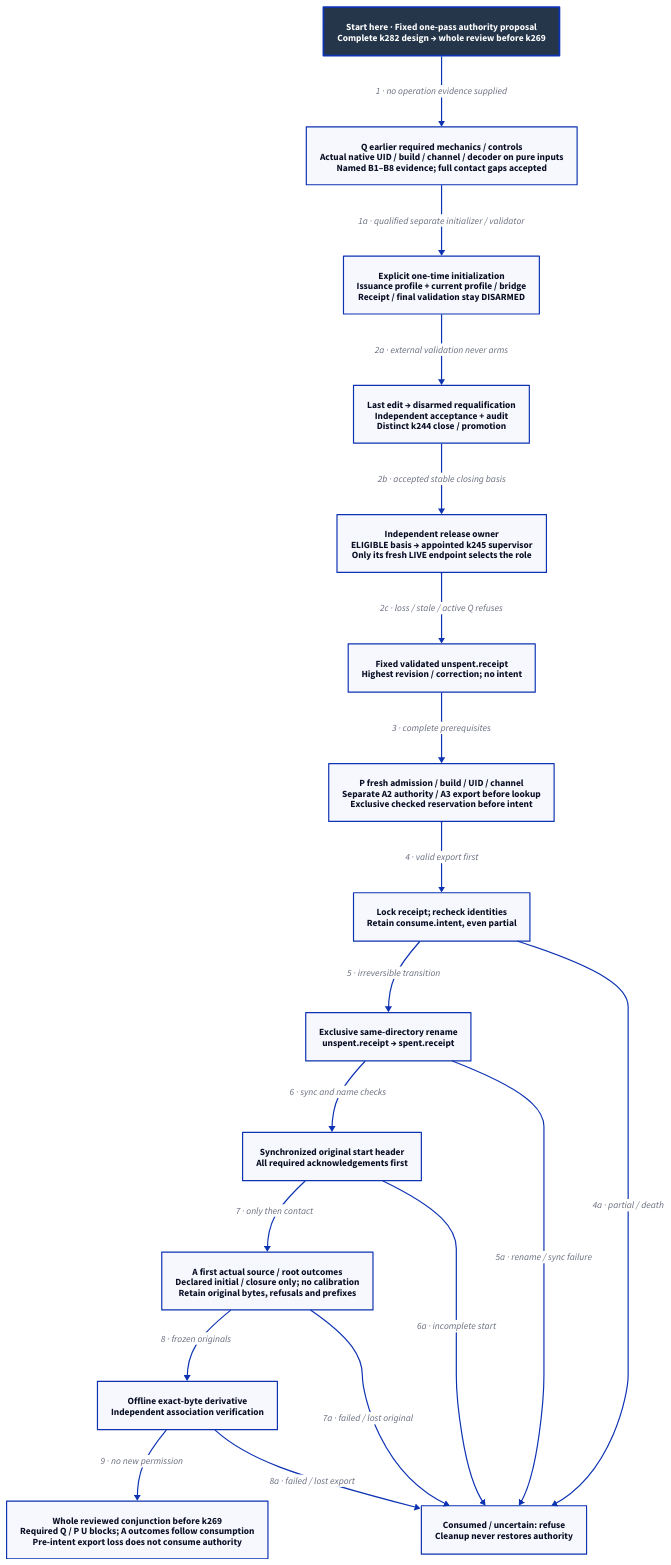
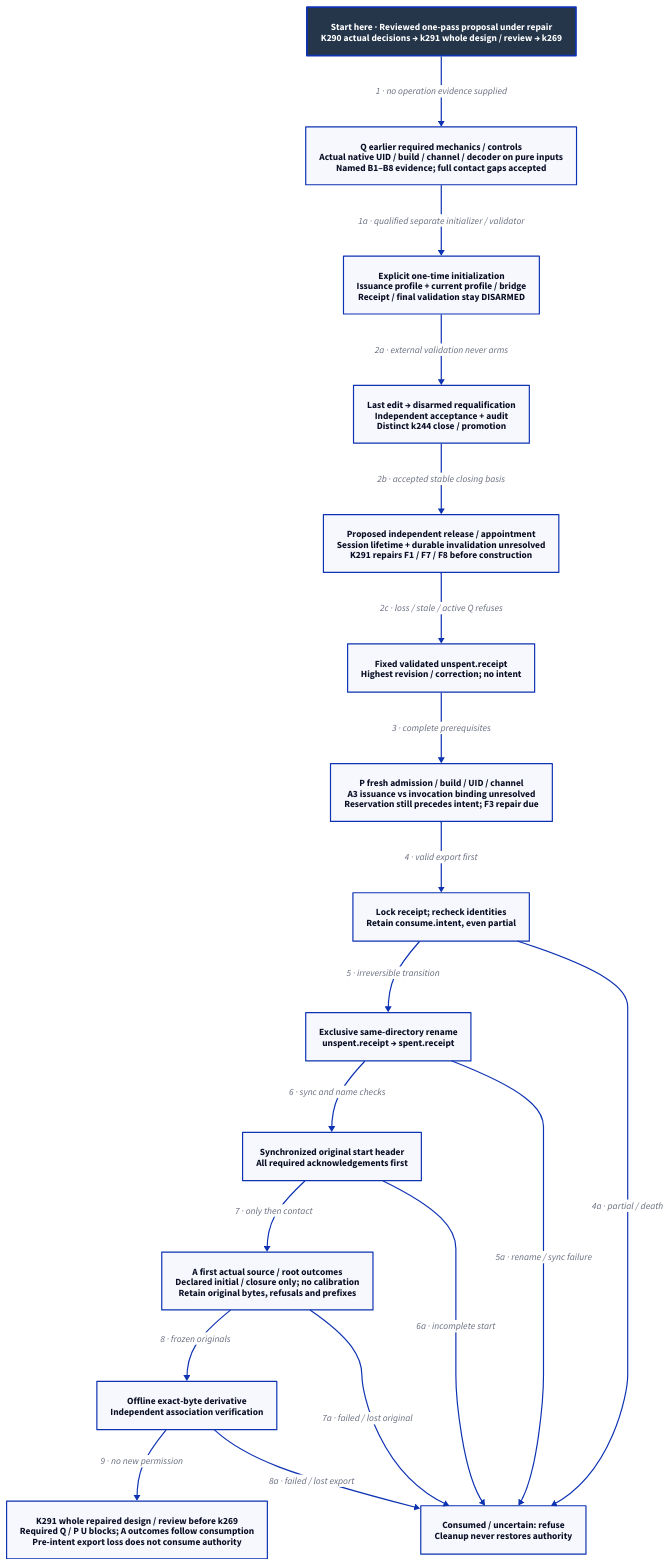
One commit to Linkuistics/Koine changed the diagram in docs/design/architecture/native-reference-admission.d2. Above: the diagram before and after it, drawn with D2. The commit also changed 51 other files, not shown here.

Commit message:
Integrate admission review and queue bounded session-authority repair (reference-evidence-admission-completion-k289)

```diff
--- a/docs/design/architecture/native-reference-admission.d2
+++ b/docs/design/architecture/native-reference-admission.d2
@@ -1,36 +1,36 @@
 # Proposed lifecycle; complete contract is normative and qualification remains due.
 direction: down
 classes: {
   start: {style: {fill: "#25364B"; font-color: "#FFFFFF"; bold: true; stroke-width: 3}}
 }
-Start: "Start here · Fixed one-pass authority proposal\nComplete k282 design → whole review before k269" {class: start}
+Start: "Start here · Reviewed one-pass proposal under repair\nK290 actual decisions → k291 whole design / review → k269" {class: start}
 Qualify: "Q earlier required mechanics / controls\nActual native UID / build / channel / decoder on pure inputs\nNamed B1–B8 evidence; full contact gaps accepted"
 Provision: "Explicit one-time initialization\nIssuance profile + current profile / bridge\nReceipt / final validation stay DISARMED"
 Final: "Last edit → disarmed requalification\nIndependent acceptance + audit\nDistinct k244 close / promotion"
-Release: "Independent release owner\nELIGIBLE basis → appointed k245 supervisor\nOnly its fresh LIVE endpoint selects the role"
+Release: "Proposed independent release / appointment\nSession lifetime + durable invalidation unresolved\nK291 repairs F1 / F7 / F8 before construction"
 Ready: "Fixed validated unspent.receipt\nHighest revision / correction; no intent"
-Export: "P fresh admission / build / UID / channel\nSeparate A2 authority / A3 export before lookup\nExclusive checked reservation before intent"
+Export: "P fresh admission / build / UID / channel\nA3 issuance vs invocation binding unresolved\nReservation still precedes intent; F3 repair due"
 Intent: "Lock receipt; recheck identities\nRetain consume.intent, even partial"
 Spent: "Exclusive same-directory rename\nunspent.receipt → spent.receipt"
 Original: "Synchronized original start header\nAll required acknowledgements first"
 Capture: "A first actual source / root outcomes\nDeclared initial / closure only; no calibration\nRetain original bytes, refusals and prefixes"
 Derivative: "Offline exact-byte derivative\nIndependent association verification"
 Refuse: "Consumed / uncertain: refuse\nCleanup never restores authority"
-Limit: "Whole reviewed conjunction before k269\nRequired Q / P U blocks; A outcomes follow consumption\nPre-intent export loss does not consume authority"
+Limit: "K291 whole repaired design / review before k269\nRequired Q / P U blocks; A outcomes follow consumption\nPre-intent export loss does not consume authority"
 Start -> Qualify: "1 · no operation evidence supplied"
 Qualify -> Provision: "1a · qualified separate initializer / validator"
 Provision -> Final: "2a · external validation never arms"
 Final -> Release: "2b · accepted stable closing basis"
 Release -> Ready: "2c · loss / stale / active Q refuses"
 Ready -> Export: "3 · complete prerequisites"
 Export -> Intent: "4 · valid export first"
 Intent -> Spent: "5 · irreversible transition"
 Spent -> Original: "6 · sync and name checks"
 Original -> Capture: "7 · only then contact"
 Capture -> Derivative: "8 · frozen originals"
 Derivative -> Limit: "9 · no new permission"
 Intent -> Refuse: "4a · partial / death"
 Spent -> Refuse: "5a · rename / sync failure"
 Original -> Refuse: "6a · incomplete start"
 Capture -> Refuse: "7a · failed / lost original"
 Derivative -> Refuse: "8a · failed / lost export"
```
